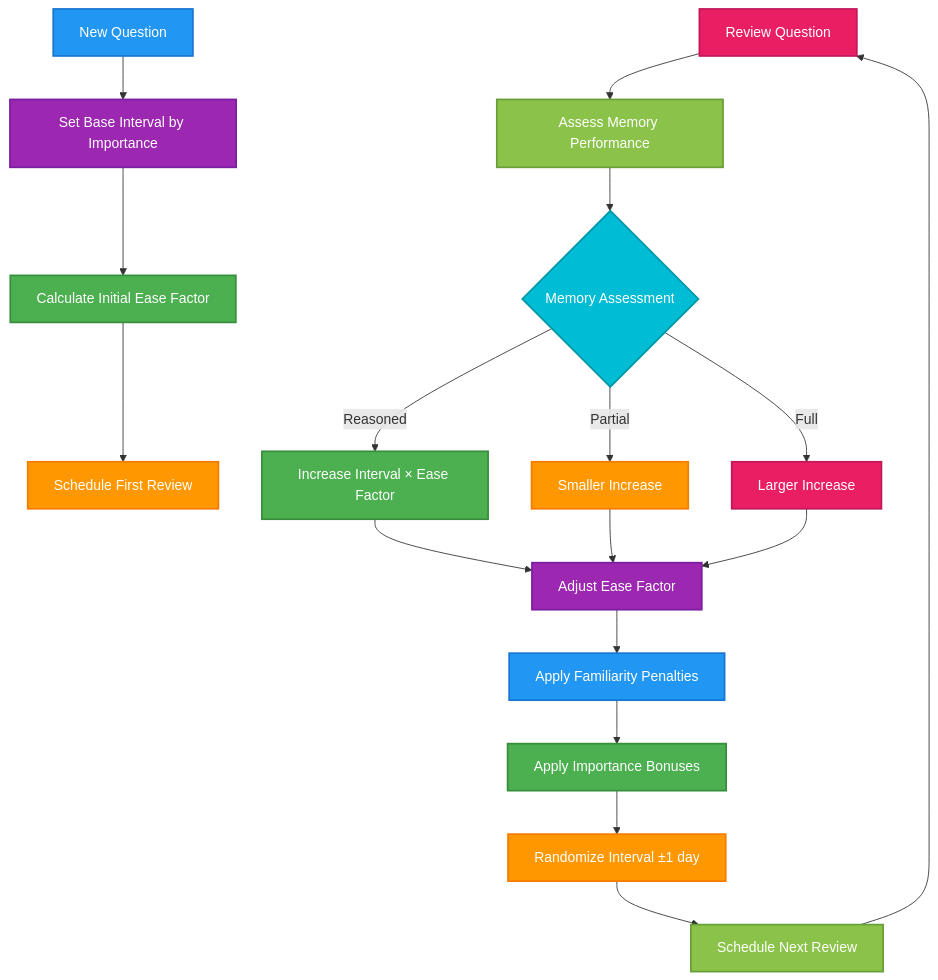
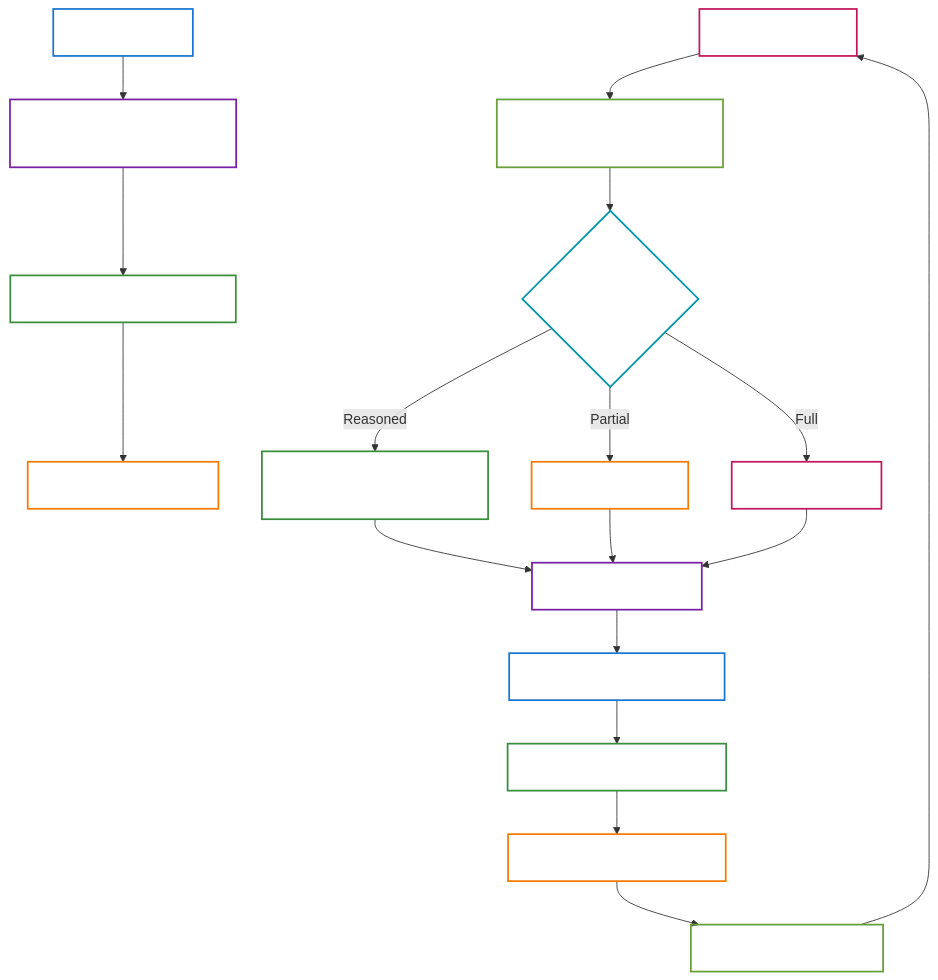
The fourth of 8 diagrams in README.md (eannchen/leetsolv), drawn with Mermaid before and after one commit. The commit also changed other lines of this file, not shown here.

Commit message:
docs: update README.md to adjust flowchart styles by adding fill-opacity for improved visual clarity and consistency across all sections

````diff
--- a/README.md
+++ b/README.md
@@ -514,38 +514,38 @@
 ```mermaid
 flowchart TD
     A[New Question] --> B[Set Base Interval by Importance]
     B --> C[Calculate Initial Ease Factor]
     C --> D[Schedule First Review]
 
     E[Review Question] --> F[Assess Memory Performance]
     F --> G{Memory Assessment}
     G -->|Reasoned| H[Increase Interval × Ease Factor]
     G -->|Partial| I[Smaller Increase]
     G -->|Full| J[Larger Increase]
 
     H --> K[Adjust Ease Factor]
     I --> K
     J --> K
 
     K --> L[Apply Familiarity Penalties]
     L --> M[Apply Importance Bonuses]
     M --> N[Randomize Interval ±1 day]
     N --> O[Schedule Next Review]
     O --> E
 
-    style A fill:#2196F3,stroke:#1976D2,stroke-width:2px,color:#ffffff
-    style B fill:#9C27B0,stroke:#7B1FA2,stroke-width:2px,color:#ffffff
-    style C fill:#4CAF50,stroke:#388E3C,stroke-width:2px,color:#ffffff
-    style D fill:#FF9800,stroke:#F57C00,stroke-width:2px,color:#ffffff
-    style E fill:#E91E63,stroke:#C2185B,stroke-width:2px,color:#ffffff
-    style F fill:#8BC34A,stroke:#689F38,stroke-width:2px,color:#ffffff
-    style G fill:#00BCD4,stroke:#0097A7,stroke-width:2px,color:#ffffff
-    style H fill:#4CAF50,stroke:#388E3C,stroke-width:2px,color:#ffffff
-    style I fill:#FF9800,stroke:#F57C00,stroke-width:2px,color:#ffffff
-    style J fill:#E91E63,stroke:#C2185B,stroke-width:2px,color:#ffffff
-    style K fill:#9C27B0,stroke:#7B1FA2,stroke-width:2px,color:#ffffff
-    style L fill:#2196F3,stroke:#1976D2,stroke-width:2px,color:#ffffff
-    style M fill:#4CAF50,stroke:#388E3C,stroke-width:2px,color:#ffffff
-    style N fill:#FF9800,stroke:#F57C00,stroke-width:2px,color:#ffffff
-    style O fill:#8BC34A,stroke:#689F38,stroke-width:2px,color:#ffffff
+    style A fill:#2196F3,fill-opacity:0,stroke:#1976D2,stroke-width:2px,color:#ffffff
+    style B fill:#9C27B0,fill-opacity:0,stroke:#7B1FA2,stroke-width:2px,color:#ffffff
+    style C fill:#4CAF50,fill-opacity:0,stroke:#388E3C,stroke-width:2px,color:#ffffff
+    style D fill:#FF9800,fill-opacity:0,stroke:#F57C00,stroke-width:2px,color:#ffffff
+    style E fill:#E91E63,fill-opacity:0,stroke:#C2185B,stroke-width:2px,color:#ffffff
+    style F fill:#8BC34A,fill-opacity:0,stroke:#689F38,stroke-width:2px,color:#ffffff
+    style G fill:#00BCD4,fill-opacity:0,stroke:#0097A7,stroke-width:2px,color:#ffffff
+    style H fill:#4CAF50,fill-opacity:0,stroke:#388E3C,stroke-width:2px,color:#ffffff
+    style I fill:#FF9800,fill-opacity:0,stroke:#F57C00,stroke-width:2px,color:#ffffff
+    style J fill:#E91E63,fill-opacity:0,stroke:#C2185B,stroke-width:2px,color:#ffffff
+    style K fill:#9C27B0,fill-opacity:0,stroke:#7B1FA2,stroke-width:2px,color:#ffffff
+    style L fill:#2196F3,fill-opacity:0,stroke:#1976D2,stroke-width:2px,color:#ffffff
+    style M fill:#4CAF50,fill-opacity:0,stroke:#388E3C,stroke-width:2px,color:#ffffff
+    style N fill:#FF9800,fill-opacity:0,stroke:#F57C00,stroke-width:2px,color:#ffffff
+    style O fill:#8BC34A,fill-opacity:0,stroke:#689F38,stroke-width:2px,color:#ffffff
 ```
````
